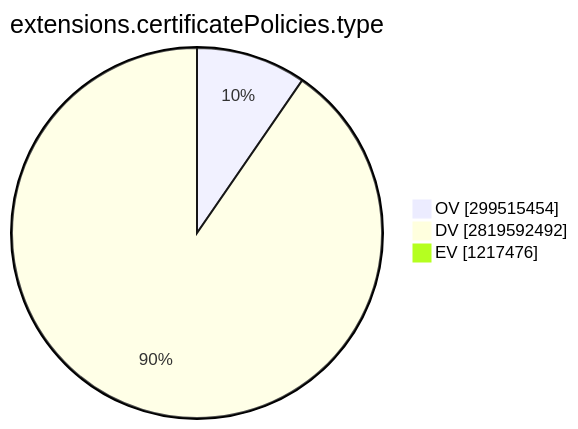
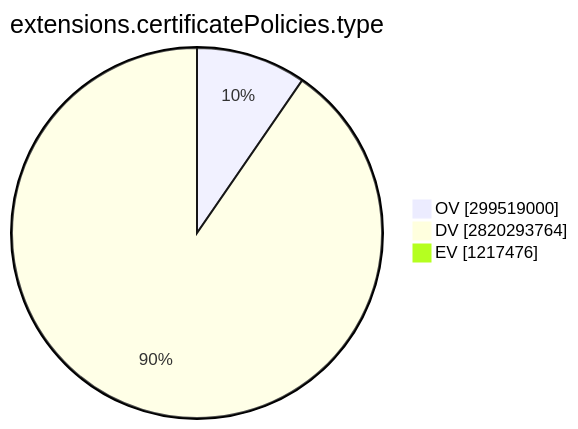
One commit to christiankrug/ctmonitor_visualization changed the ninth of 15 diagrams in TOTAL/README.md. Above: the diagram before and after it, drawn with Mermaid. The commit also changed other lines of this file, not shown here.

````diff
--- a/TOTAL/README.md
+++ b/TOTAL/README.md
@@ -3101,7 +3101,7 @@
 ```mermaid
 pie showData
 title extensions.certificatePolicies.type
-"OV" :299515454
-"DV" :2819592492
+"OV" :299519000
+"DV" :2820293764
 "EV" :1217476
 ```
````
